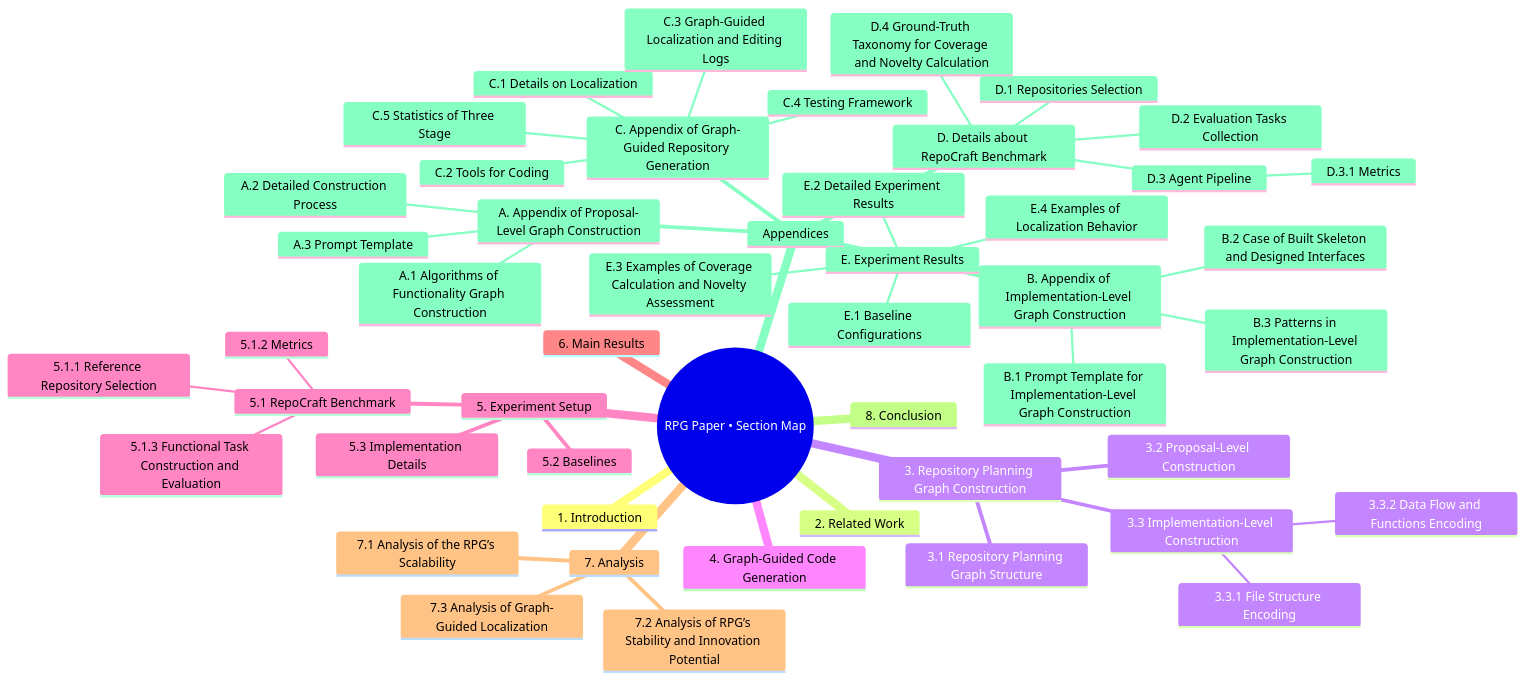
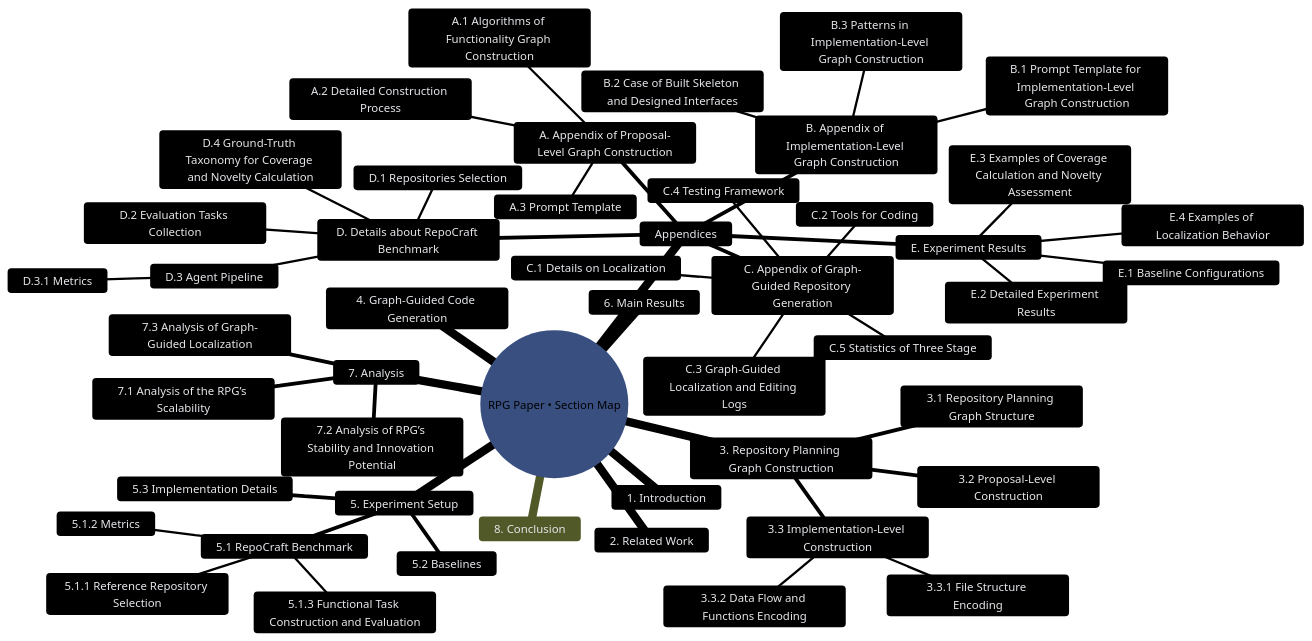
Before and after one commit to AcidicSoil/RPG: the third of 4 diagrams in README.md, drawn with Mermaid. The commit also changed other lines of this file, not shown here.

````diff
--- a/README.md
+++ b/README.md
@@ -107,52 +124,70 @@
 ```mermaid
+%%{init: {
+  "theme": "base",
+  "themeVariables": {
+    "darkMode": true,
+    "background": "#0b1220",
+    "textColor": "#e5e7eb",
+    "primaryColor": "#111827",
+    "primaryTextColor": "#e5e7eb",
+    "secondaryColor": "#0f172a",
+    "secondaryTextColor": "#e5e7eb",
+    "tertiaryColor": "#0b1220",
+    "lineColor": "#94a3b8",
+    "edgeLabelBackground": "#0b1220",
+    "fontFamily": "Inter, ui-sans-serif, system-ui, Segoe UI, Arial",
+    "fontSize": "15px"
+  },
+  "themeCSS": ".mindmap-node rect, .mindmap-node circle, .mindmap-node path{stroke:#334155} .edgePaths path{stroke:#94a3b8}"
+}}%%
 mindmap
   root((RPG Paper • Section Map))
     1. Introduction
     2. Related Work
     3. Repository Planning Graph Construction
       3.1 Repository Planning Graph Structure
       3.2 Proposal-Level Construction
       3.3 Implementation-Level Construction
         3.3.1 File Structure Encoding
         3.3.2 Data Flow and Functions Encoding
     4. Graph-Guided Code Generation
     5. Experiment Setup
       5.1 RepoCraft Benchmark
         5.1.1 Reference Repository Selection
         5.1.2 Metrics
         5.1.3 Functional Task Construction and Evaluation
       5.2 Baselines
       5.3 Implementation Details
     6. Main Results
     7. Analysis
       7.1 Analysis of the RPG’s Scalability
       7.2 Analysis of RPG’s Stability and Innovation Potential
       7.3 Analysis of Graph-Guided Localization
     8. Conclusion
     Appendices
       A. Appendix of Proposal-Level Graph Construction
         A.1 Algorithms of Functionality Graph Construction
         A.2 Detailed Construction Process
         A.3 Prompt Template
       B. Appendix of Implementation-Level Graph Construction
         B.1 Prompt Template for Implementation-Level Graph Construction
         B.2 Case of Built Skeleton and Designed Interfaces
         B.3 Patterns in Implementation-Level Graph Construction
       C. Appendix of Graph-Guided Repository Generation
         C.1 Details on Localization
         C.2 Tools for Coding
         C.3 Graph-Guided Localization and Editing Logs
         C.4 Testing Framework
         C.5 Statistics of Three Stage
       D. Details about RepoCraft Benchmark
         D.1 Repositories Selection
         D.2 Evaluation Tasks Collection
         D.3 Agent Pipeline
           D.3.1 Metrics
         D.4 Ground-Truth Taxonomy for Coverage and Novelty Calculation
       E. Experiment Results
         E.1 Baseline Configurations
         E.2 Detailed Experiment Results
         E.3 Examples of Coverage Calculation and Novelty Assessment
         E.4 Examples of Localization Behavior
 ```
````
